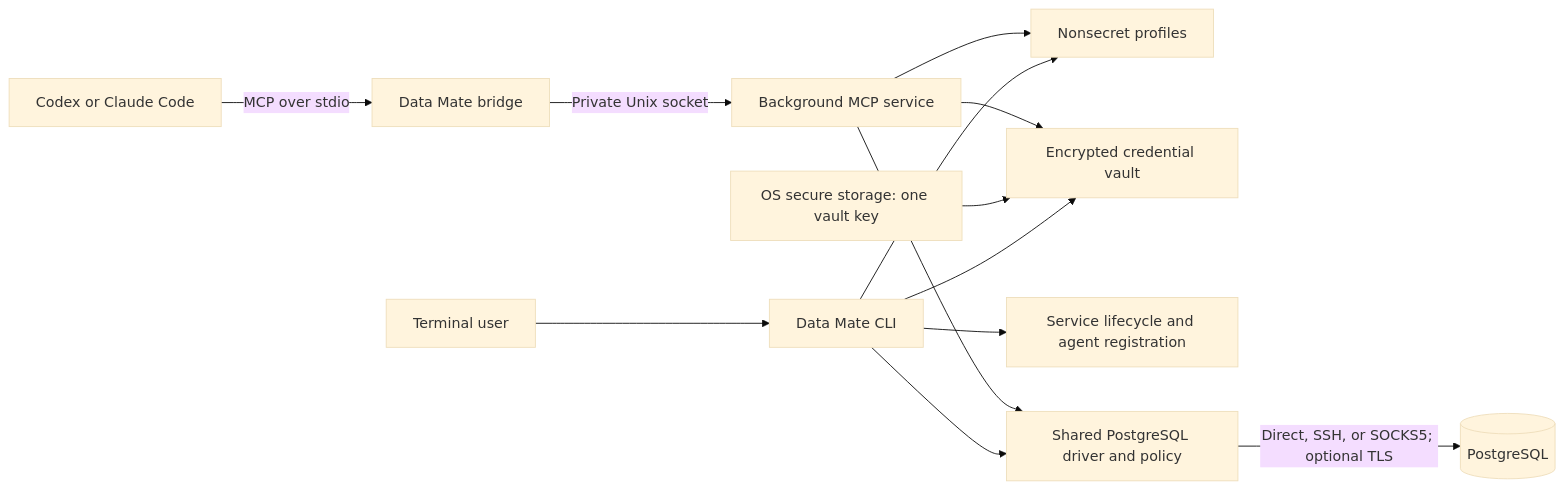
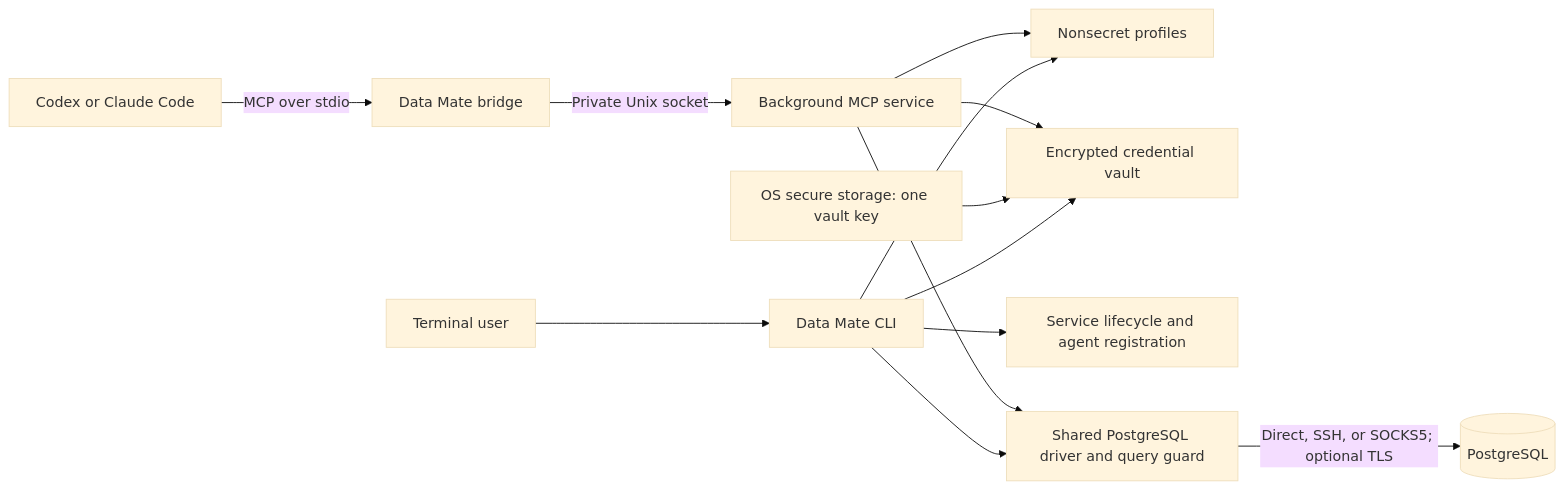
One commit to swqa7697/data-mate changed the diagram in specs/DESIGN.md. Above: the diagram before and after it, drawn with Mermaid (base theme). The commit also changed other lines of this file and 60 other files, not shown here.

````diff
--- a/specs/DESIGN.md
+++ b/specs/DESIGN.md
@@ -23,15 +23,15 @@
 ```mermaid
 flowchart LR
     User[Terminal user] --> CLI[Data Mate CLI]
     CLI --> Config[Nonsecret profiles]
     CLI --> Vault[Encrypted credential vault]
     CLI --> Lifecycle[Service lifecycle and agent registration]
-    CLI --> Driver[Shared PostgreSQL driver and policy]
+    CLI --> Driver[Shared PostgreSQL driver and query guard]
     Keychain[OS secure storage: one vault key] --> Vault
     Agent[Codex or Claude Code] -->|MCP over stdio| Bridge[Data Mate bridge]
     Bridge -->|Private Unix socket| Service[Background MCP service]
     Service --> Config
     Service --> Vault
     Service --> Driver
     Driver -->|Direct, SSH, or SOCKS5; optional TLS| DB[(PostgreSQL)]
 ```
````
